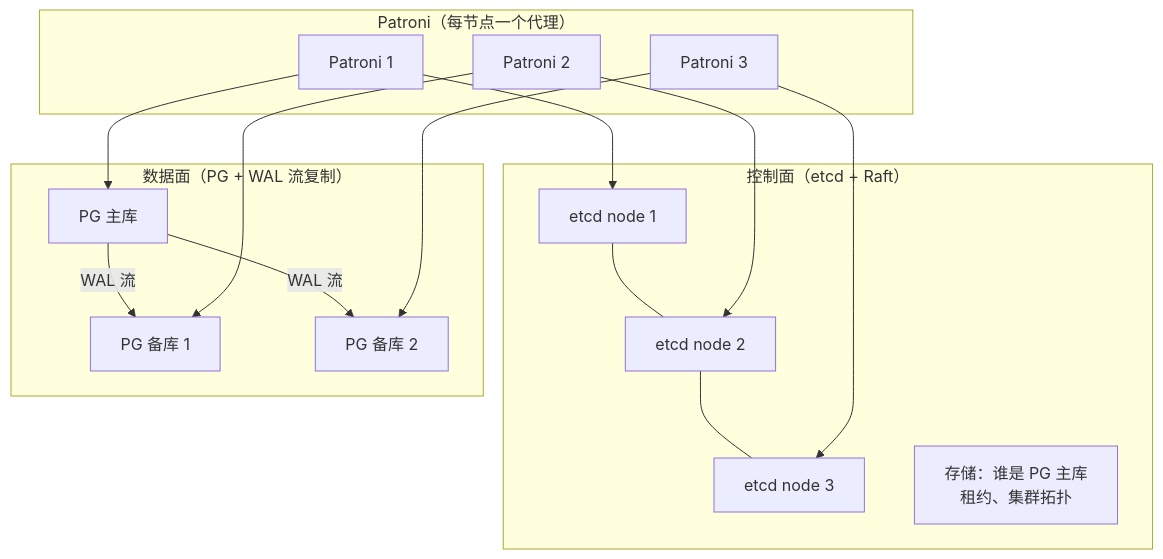
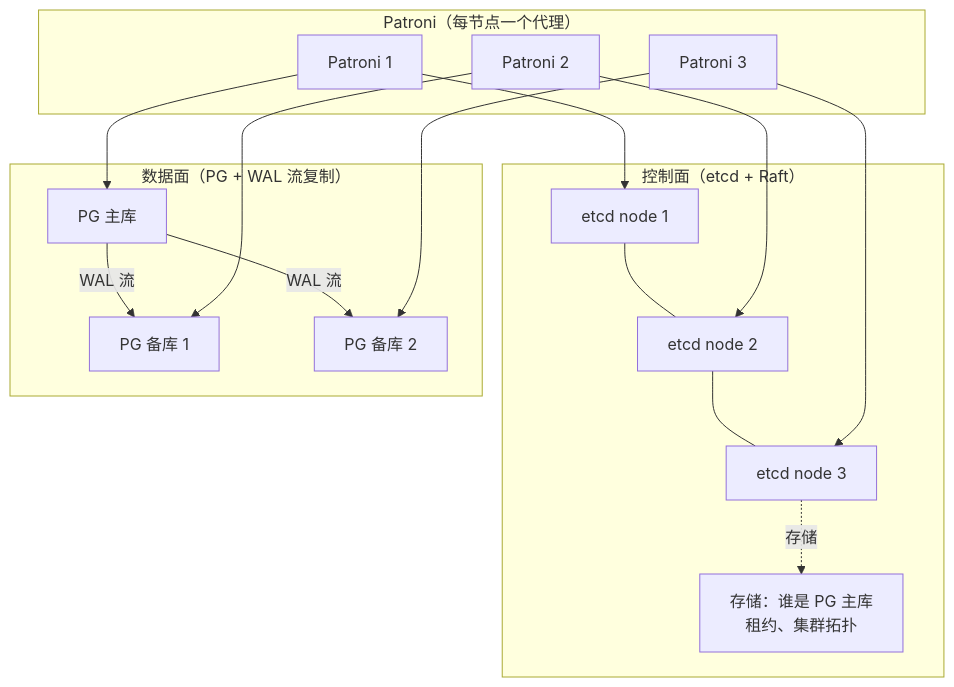
The fourth of 5 diagrams in content/分布式系统/共识算法/共识与复制边界.md (y-Adrian/LocalBlog), drawn with Mermaid before and after one commit. The commit also changed other lines of this file and 43 other files, not shown here.

````diff
--- a/content/分布式系统/共识算法/共识与复制边界.md
+++ b/content/分布式系统/共识算法/共识与复制边界.md
@@ -141,28 +141,29 @@
 ```mermaid
 flowchart TB
   subgraph control["控制面（etcd + Raft）"]
     ETCD1[etcd node 1]
     ETCD2[etcd node 2]
     ETCD3[etcd node 3]
     ETCD1 --- ETCD2 --- ETCD3
-    Note1[存储：谁是 PG 主库\n租约、集群拓扑]
+    Note1["存储：谁是 PG 主库<br/>租约、集群拓扑"]
+    ETCD3 -.存储.-> Note1
   end
   subgraph data["数据面（PG + WAL 流复制）"]
     PG_M[PG 主库]
     PG_S1[PG 备库 1]
     PG_S2[PG 备库 2]
     PG_M -->|WAL 流| PG_S1
     PG_M -->|WAL 流| PG_S2
   end
   subgraph agent["Patroni（每节点一个代理）"]
     P1[Patroni 1]
     P2[Patroni 2]
     P3[Patroni 3]
   end
   P1 --> ETCD1
   P2 --> ETCD2
   P3 --> ETCD3
   P1 --> PG_M
   P2 --> PG_S1
   P3 --> PG_S2
 ```
````
